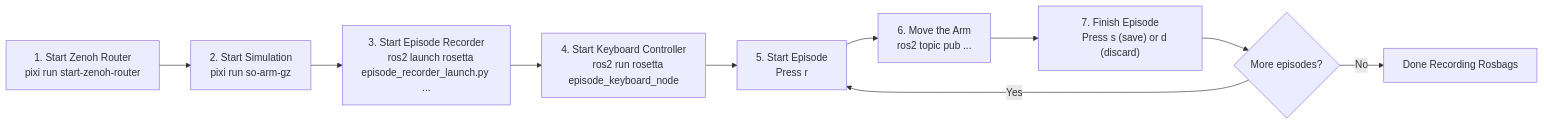
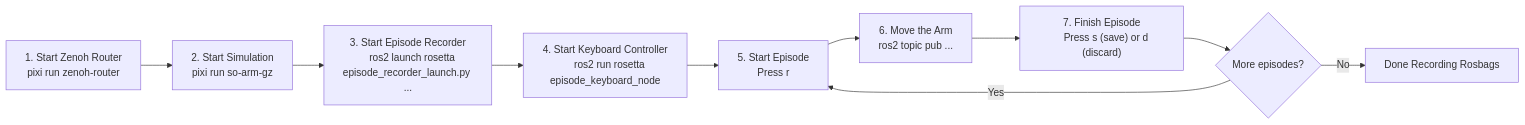
One commit to ros-physical-ai/demos changed the diagram in pai_data_collection/README.md. Above: the diagram before and after it, drawn with Mermaid. The commit also changed other lines of this file and 8 other files, not shown here.

Commit message:
Shorten to zenoh-router

````diff
--- a/pai_data_collection/README.md
+++ b/pai_data_collection/README.md
@@ -94,20 +94,20 @@
 ```mermaid
 flowchart LR
     A["1. Start Zenoh Router
-    pixi run start-zenoh-router"] --> B["2. Start Simulation
+    pixi run zenoh-router"] --> B["2. Start Simulation
     pixi run so-arm-gz"]
     B --> C["3. Start Episode Recorder
     ros2 launch rosetta episode_recorder_launch.py ..."]
     C --> D["4. Start Keyboard Controller
     ros2 run rosetta episode_keyboard_node"]
     D --> E["5. Start Episode
     Press r"]
     E --> F["6. Move the Arm
     ros2 topic pub ..."]
     F --> G["7. Finish Episode
     Press s (save) or d (discard)"]
     G --> H{More episodes?}
     H -- Yes --> E
     H -- No --> I["Done Recording Rosbags"]
 
 ```
````
